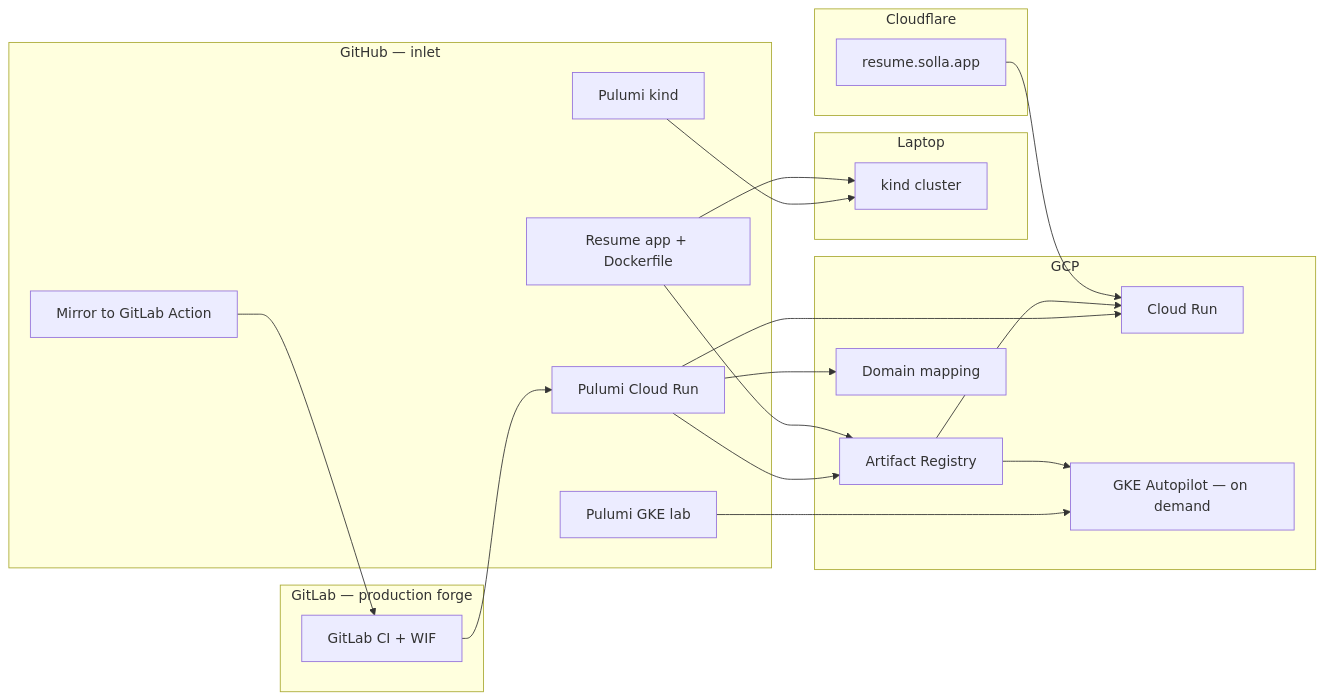
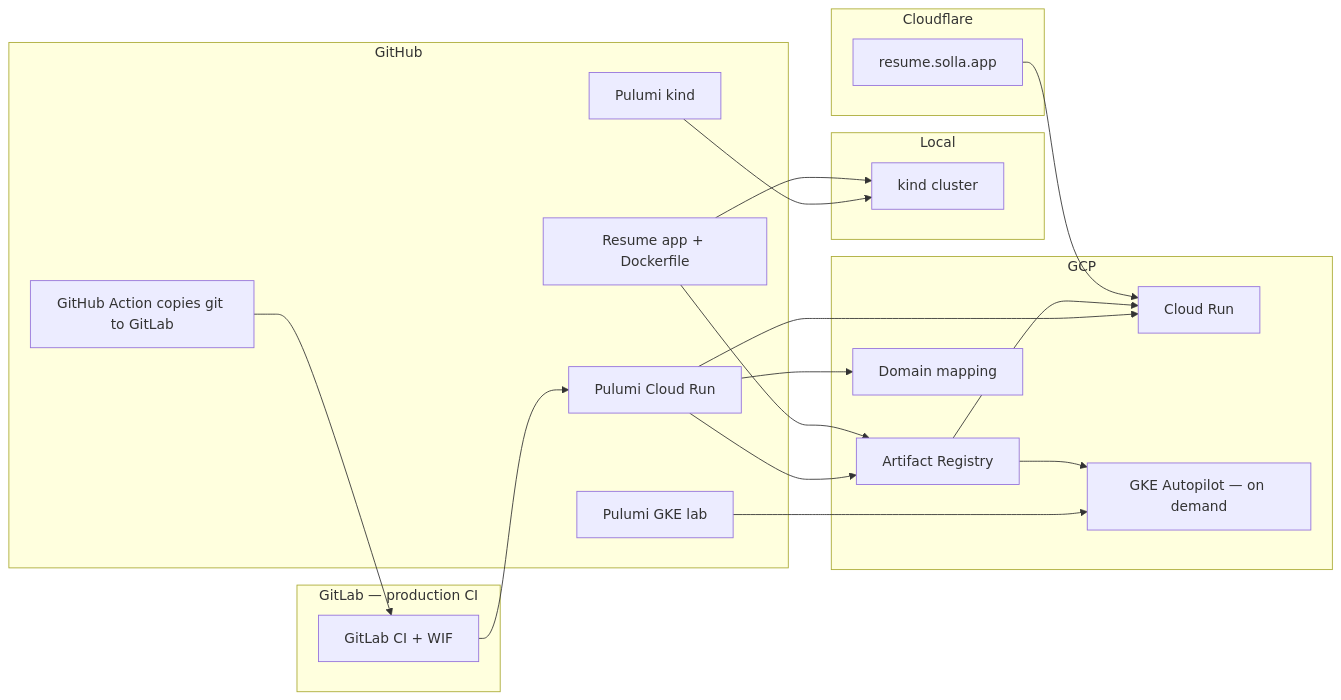
One commit to michaelsolla/pulumi-cloud-solla-resume changed the diagram in docs/PLAN.md. Above: the diagram before and after it, drawn with Mermaid. The commit also changed other lines of this file and 13 other files, not shown here.

````diff
--- a/docs/PLAN.md
+++ b/docs/PLAN.md
@@ -15,42 +15,42 @@
 ```mermaid
 flowchart LR
-  subgraph inlet [GitHub — inlet]
+  subgraph github [GitHub]
     App[Resume app + Dockerfile]
     PulumiCR[Pulumi Cloud Run]
     PulumiKind[Pulumi kind]
     PulumiGKE[Pulumi GKE lab]
-    Mirror[Mirror to GitLab Action]
+    Copy[GitHub Action copies git to GitLab]
   end
 
-  subgraph gitlab [GitLab — production forge]
+  subgraph gitlab [GitLab — production CI]
     CI[GitLab CI + WIF]
   end
 
-  subgraph laptop [Laptop]
+  subgraph local [Local]
     Kind[kind cluster]
   end
 
   subgraph gcp [GCP]
     AR[Artifact Registry]
     CR[Cloud Run]
     DM[Domain mapping]
     GKE[GKE Autopilot — on demand]
   end
 
   subgraph dns [Cloudflare]
     DNS[resume.solla.app]
   end
 
-  Mirror --> CI
+  Copy --> CI
   CI --> PulumiCR
   PulumiCR --> AR
   PulumiCR --> CR
   PulumiCR --> DM
   App --> AR
   AR --> CR
   DNS --> CR
   PulumiKind --> Kind
   App --> Kind
   PulumiGKE --> GKE
   AR --> GKE
 ```
````
